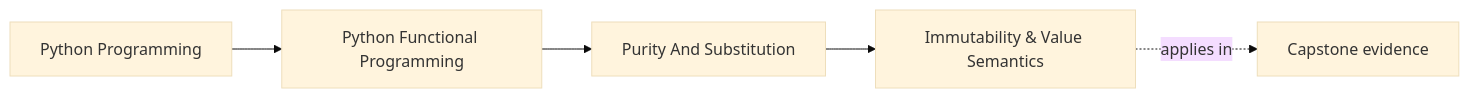
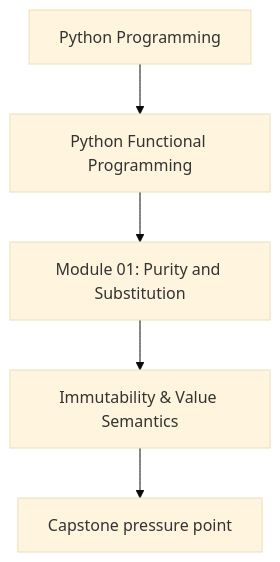
Before and after one commit to bijux/bijux-masterclass: the first of 3 diagrams in programs/python-programming/python-functional-programming/course-book/module-01-purity-and-substitution/immutability-and-value-semantics.md, drawn with Mermaid (base theme). The commit also changed other lines of this file and 118 other files, not shown here.

Commit message:
docs(python-functional-programming): align concept page diagrams

````diff
--- a/programs/python-programming/python-functional-programming/course-book/module-01-purity-and-substitution/immutability-and-value-semantics.md
+++ b/programs/python-programming/python-functional-programming/course-book/module-01-purity-and-substitution/immutability-and-value-semantics.md
@@ -7,11 +7,7 @@
 ```mermaid
-graph LR
-  family["Python Programming"]
-  program["Python Functional Programming"]
-  section["Purity And Substitution"]
-  page["Immutability & Value Semantics"]
-  capstone["Capstone evidence"]
-
-  family --> program --> section --> page
-  page -.applies in.-> capstone
+flowchart TD
+  family["Python Programming"] --> program["Python Functional Programming"]
+  program --> module["Module 01: Purity and Substitution"]
+  module --> concept["Immutability & Value Semantics"]
+  concept --> capstone["Capstone pressure point"]
 ```
````
